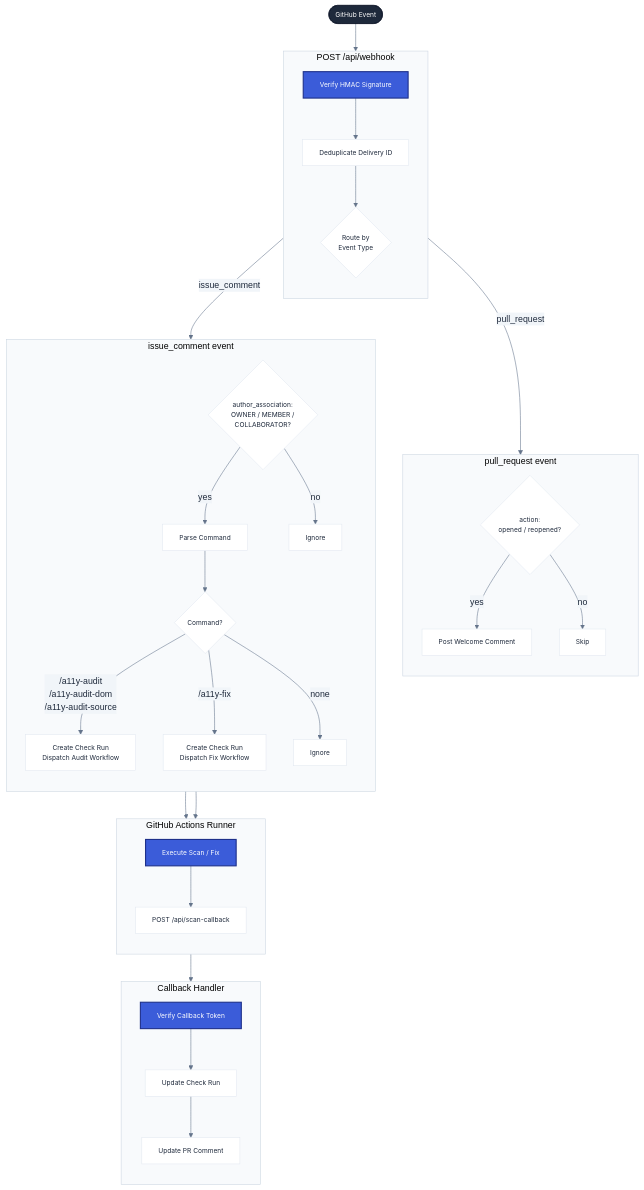
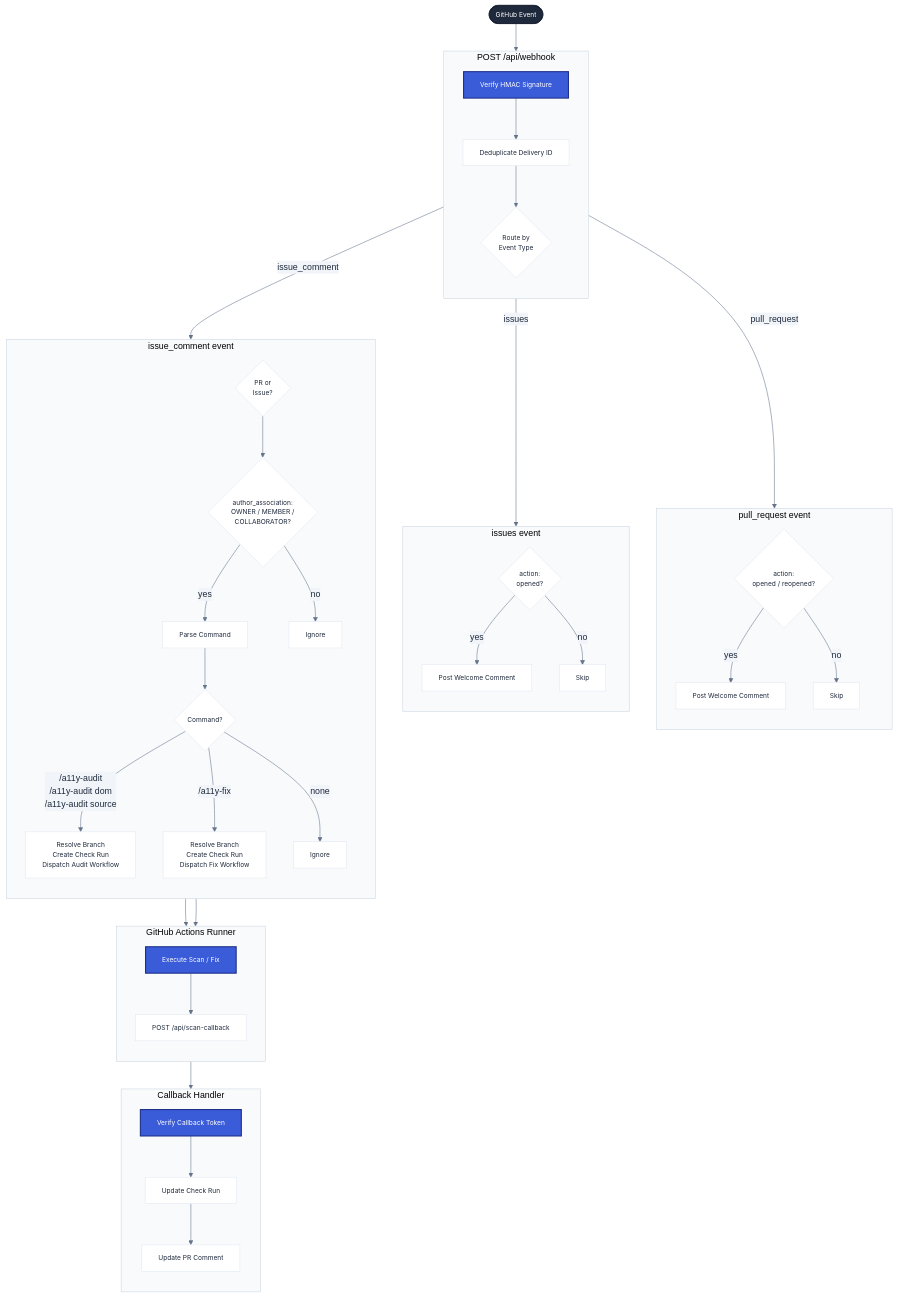
Before and after one commit to diegovelasquezweb/a11y-github-app: the first of 3 diagrams in docs/architecture.md, drawn with Mermaid. The commit also changed other lines of this file and 4 other files, not shown here.

Commit message:
docs: update documentation for issue-based flow, auto-detection, and branch:X support

````diff
--- a/docs/architecture.md
+++ b/docs/architecture.md
@@ -21,63 +25,73 @@
 ```mermaid
 %%{init: { 'theme': 'base', 'themeVariables': { 'primaryColor': '#3b5cd9', 'primaryTextColor': '#1e293b', 'primaryBorderColor': '#1e308a', 'lineColor': '#64748b', 'secondaryColor': '#f1f5f9', 'tertiaryColor': '#fff', 'mainBkg': '#fff', 'nodeBorder': '#e2e8f0', 'clusterBkg': '#f8fafc', 'clusterBorder': '#cbd5e1' } } }%%
 flowchart TD
     GH(["GitHub Event"])
 
     subgraph Webhook ["POST /api/webhook"]
         direction TB
         V["Verify HMAC Signature"]
         D["Deduplicate Delivery ID"]
         R{"Route by<br/>Event Type"}
         V --> D --> R
     end
 
     subgraph PR ["pull_request event"]
         direction TB
         PA{"action:<br/>opened / reopened?"}
         WC["Post Welcome Comment"]
         PA -->|yes| WC
         PA -->|no| SKIP1["Skip"]
     end
 
+    subgraph ISS ["issues event"]
+        direction TB
+        IA{"action:<br/>opened?"}
+        IWC["Post Welcome Comment"]
+        IA -->|yes| IWC
+        IA -->|no| SKIP4["Skip"]
+    end
+
     subgraph IC ["issue_comment event"]
         direction TB
+        CTX{"PR or<br/>Issue?"}
         AUTH{"author_association:<br/>OWNER / MEMBER /<br/>COLLABORATOR?"}
-        PARSE["Parse Command"]
-        AUTH -->|yes| PARSE
+        CTX --> AUTH
+        AUTH -->|yes| PARSE["Parse Command"]
         AUTH -->|no| SKIP2["Ignore"]
         PARSE --> CMD{"Command?"}
-        CMD -->|"/a11y-audit<br/>/a11y-audit-dom<br/>/a11y-audit-source"| AUDIT["Create Check Run<br/>Dispatch Audit Workflow"]
-        CMD -->|"/a11y-fix"| FIX["Create Check Run<br/>Dispatch Fix Workflow"]
+        CMD -->|"/a11y-audit<br/>/a11y-audit dom<br/>/a11y-audit source"| AUDIT["Resolve Branch<br/>Create Check Run<br/>Dispatch Audit Workflow"]
+        CMD -->|"/a11y-fix"| FIX["Resolve Branch<br/>Create Check Run<br/>Dispatch Fix Workflow"]
         CMD -->|"none"| SKIP3["Ignore"]
     end
 
     subgraph Runner ["GitHub Actions Runner"]
         direction TB
         RUN["Execute Scan / Fix"]
         CB["POST /api/scan-callback"]
         RUN --> CB
     end
 
     subgraph Callback ["Callback Handler"]
         direction TB
         TOK["Verify Callback Token"]
         UPD["Update Check Run"]
         CMT["Update PR Comment"]
         TOK --> UPD --> CMT
     end
 
     GH --> Webhook
     R -->|pull_request| PR
+    R -->|issues| ISS
     R -->|issue_comment| IC
     AUDIT --> Runner
     FIX --> Runner
     Runner --> Callback
 
     classDef default font-family:Inter,sans-serif,font-size:12px;
     classDef entry fill:#1e293b,color:#fff,stroke:#0f172a;
     classDef core fill:#3b5cd9,color:#fff,stroke:#1e308a,stroke-width:2px;
     classDef decision fill:#f1f5f9,stroke:#cbd5e1;
 
     class GH entry;
     class V,RUN,TOK core;
 ```
````
